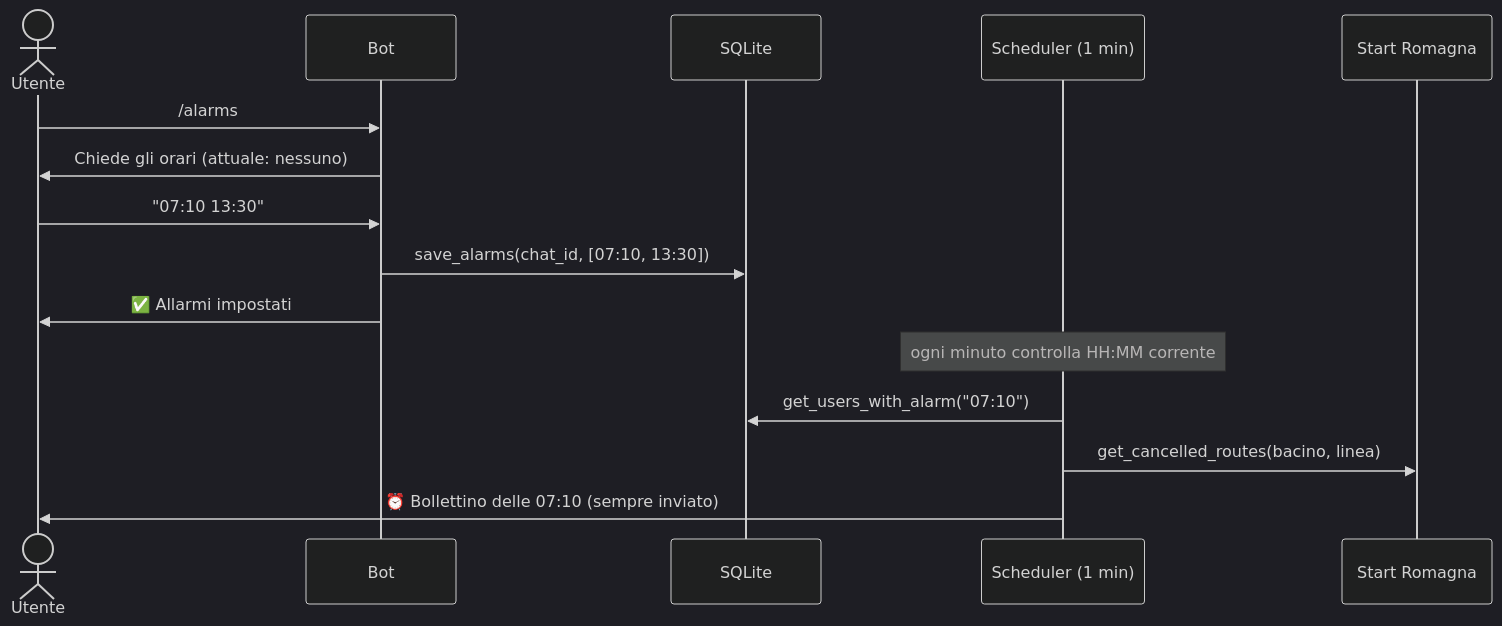
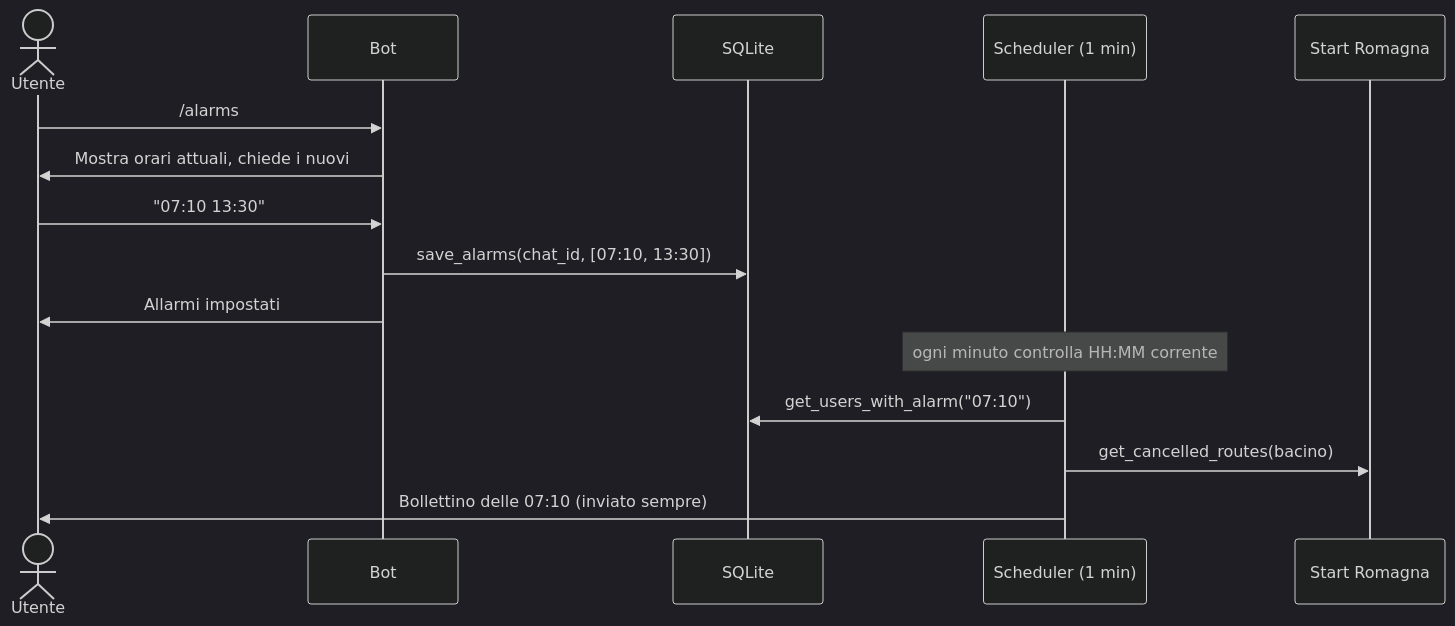
Before and after one commit to Ceccaa/BusBot: the third of 6 diagrams in README.md, drawn with Mermaid (dark theme). The commit also changed other lines of this file and 11 other files, not shown here.

````diff
--- a/README.md
+++ b/README.md
@@ -131,19 +343,19 @@
 ```mermaid
 sequenceDiagram
     actor U as Utente
     participant B as Bot
     participant DB as SQLite
     participant SC as Scheduler (1 min)
     participant SR as Start Romagna
 
     U->>B: /alarms
-    B->>U: Chiede gli orari (attuale: nessuno)
+    B->>U: Mostra orari attuali, chiede i nuovi
     U->>B: "07:10 13:30"
     B->>DB: save_alarms(chat_id, [07:10, 13:30])
-    B->>U: ✅ Allarmi impostati
+    B->>U: Allarmi impostati
 
     Note over SC: ogni minuto controlla HH:MM corrente
     SC->>DB: get_users_with_alarm("07:10")
-    SC->>SR: get_cancelled_routes(bacino, linea)
-    SC->>U: ⏰ Bollettino delle 07:10 (sempre inviato)
+    SC->>SR: get_cancelled_routes(bacino)
+    SC->>U: Bollettino delle 07:10 (inviato sempre)
 ```
````
